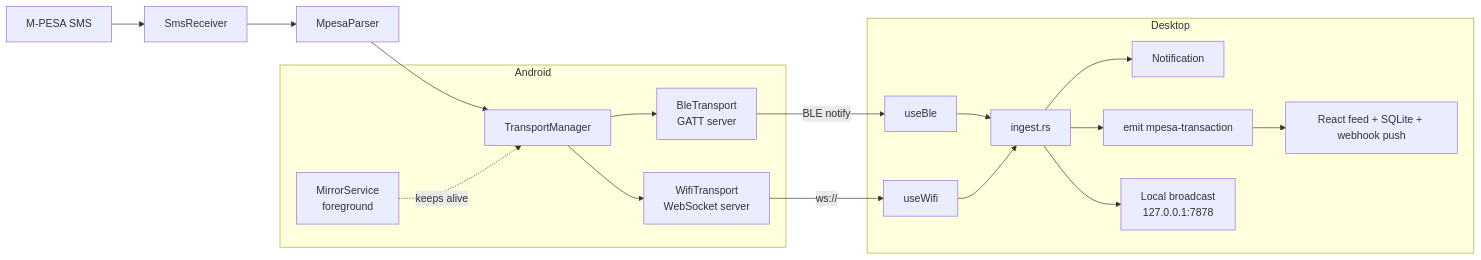
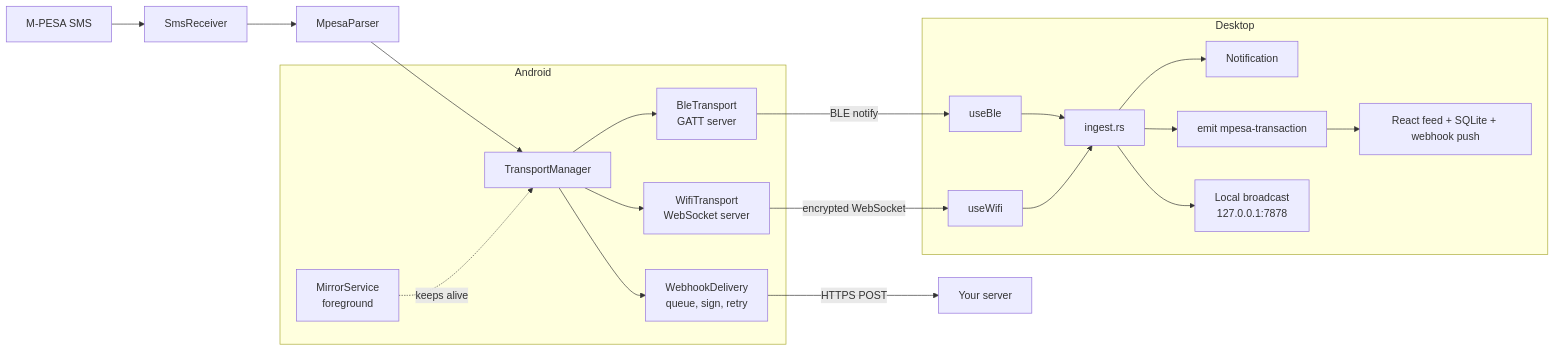
The diagram in docs/architecture.md (davidamunga/pesacast), drawn with Mermaid before and after one commit. The commit also changed other lines of this file and 6 other files, not shown here.

Commit message:
docs: fix stale README, architecture, agent commands and desktop README (#44)

````diff
--- a/docs/architecture.md
+++ b/docs/architecture.md
@@ -5,21 +5,23 @@
 ```mermaid
 flowchart LR
     SMS[M-PESA SMS] --> R[SmsReceiver]
     R --> P[MpesaParser]
     P --> TM[TransportManager]
     subgraph Android
       TM --> BLE[BleTransport<br/>GATT server]
       TM --> WIFI[WifiTransport<br/>WebSocket server]
+      TM --> WH[WebhookDelivery<br/>queue, sign, retry]
       MS[MirrorService<br/>foreground] -.keeps alive.-> TM
     end
     BLE -- BLE notify --> UB[useBle]
-    WIFI -- ws:// --> UW[useWifi]
+    WIFI -- encrypted WebSocket --> UW[useWifi]
+    WH -- HTTPS POST --> YS[Your server]
     subgraph Desktop
       UB --> ING[ingest.rs]
       UW --> ING
       ING --> N[Notification]
       ING --> E[emit mpesa-transaction]
       ING --> B[Local broadcast<br/>127.0.0.1:7878]
       E --> UI[React feed + SQLite + webhook push]
     end
 ```
````
